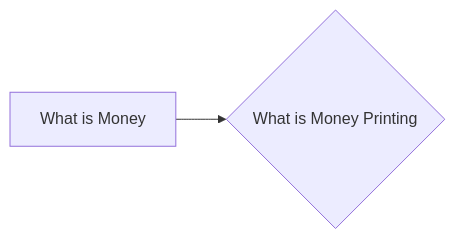
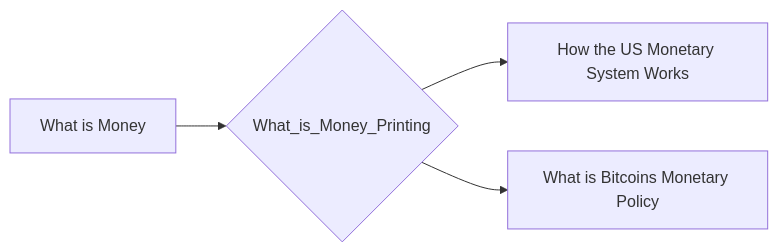
One commit to lpurdy01/crypto-knowledge-map changed the diagram in notes/What_is_Money_Printing.md. Above: the diagram before and after it, drawn with Mermaid. The commit also changed 161 other files, not shown here.

````diff
--- a/notes/What_is_Money_Printing.md
+++ b/notes/What_is_Money_Printing.md
@@ -9,4 +9,6 @@
 ```mermaid
 graph LR
-1["What is Money"]-->0{"What is Money Printing"}
+1["What is Money"]-->0{"What_is_Money_Printing"}
+0{"What_is_Money_Printing"}-->2["How the US Monetary System Works"]
+0{"What_is_Money_Printing"}-->3["What is Bitcoins Monetary Policy"]
 ```
````
